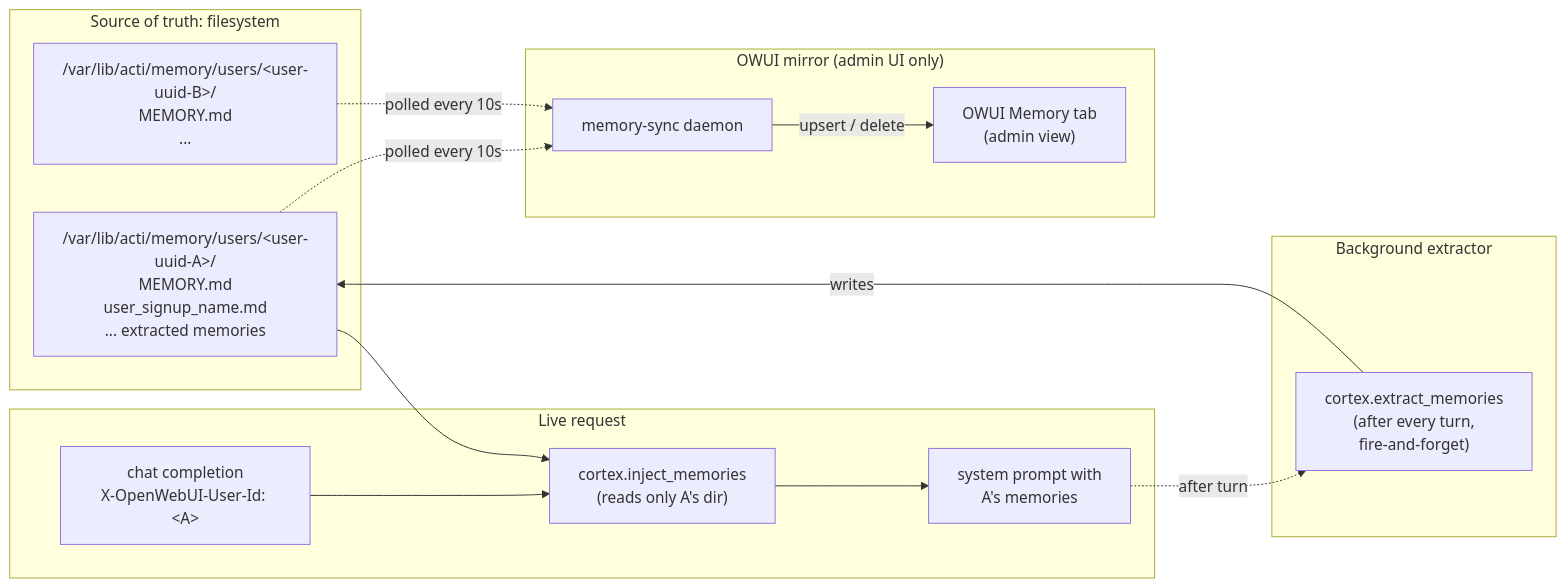
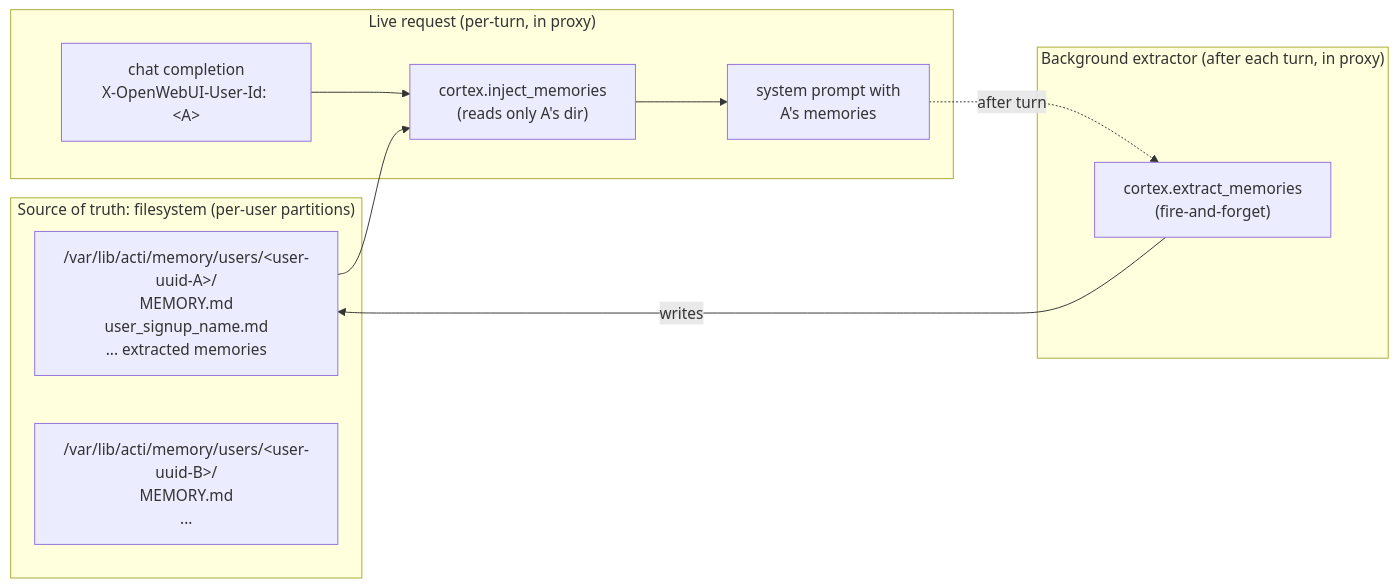
One commit to NeelM0906/ACTi changed the fourth of 5 diagrams in docs/BACKEND_ARCHITECTURE.md. Above: the diagram before and after it, drawn with Mermaid. The commit also changed other lines of this file and 6 other files, not shown here.

````diff
--- a/docs/BACKEND_ARCHITECTURE.md
+++ b/docs/BACKEND_ARCHITECTURE.md
@@ -155,32 +153,23 @@
 ```mermaid
 graph LR
-    subgraph "Source of truth: filesystem"
+    subgraph "Source of truth: filesystem (per-user partitions)"
         UA["/var/lib/acti/memory/users/&lt;user-uuid-A&gt;/<br/>MEMORY.md<br/>user_signup_name.md<br/>... extracted memories"]
         UB["/var/lib/acti/memory/users/&lt;user-uuid-B&gt;/<br/>MEMORY.md<br/>..."]
     end
 
-    subgraph "Live request"
+    subgraph "Live request (per-turn, in proxy)"
         Req["chat completion<br/>X-OpenWebUI-User-Id: &lt;A&gt;"]
         Cortex["cortex.inject_memories<br/>(reads only A's dir)"]
         Sys["system prompt with<br/>A's memories"]
     end
 
-    subgraph "Background extractor"
-        Extract["cortex.extract_memories<br/>(after every turn,<br/>fire-and-forget)"]
-    end
-
-    subgraph "OWUI mirror (admin UI only)"
-        Sync["memory-sync daemon"]
-        Tab["OWUI Memory tab<br/>(admin view)"]
+    subgraph "Background extractor (after each turn, in proxy)"
+        Extract["cortex.extract_memories<br/>(fire-and-forget)"]
     end
 
     Req --> Cortex
     UA --> Cortex
     Cortex --> Sys
     Sys -.->|"after turn"| Extract
     Extract -->|"writes"| UA
-
-    UA -.->|"polled every 10s"| Sync
-    UB -.->|"polled every 10s"| Sync
-    Sync -->|"upsert / delete"| Tab
 ```
````
